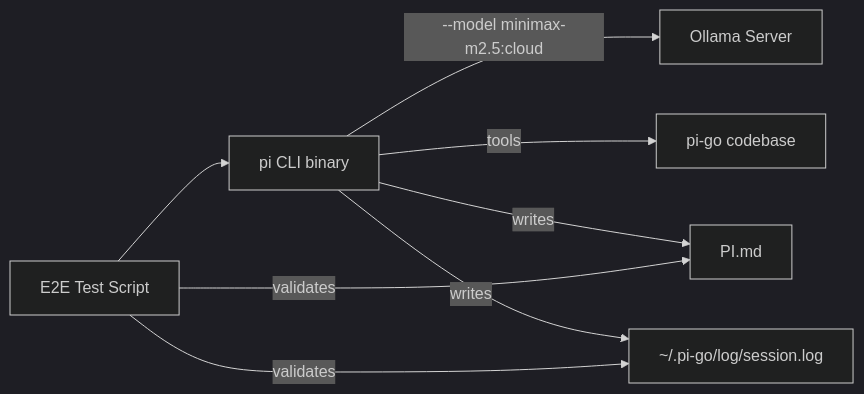
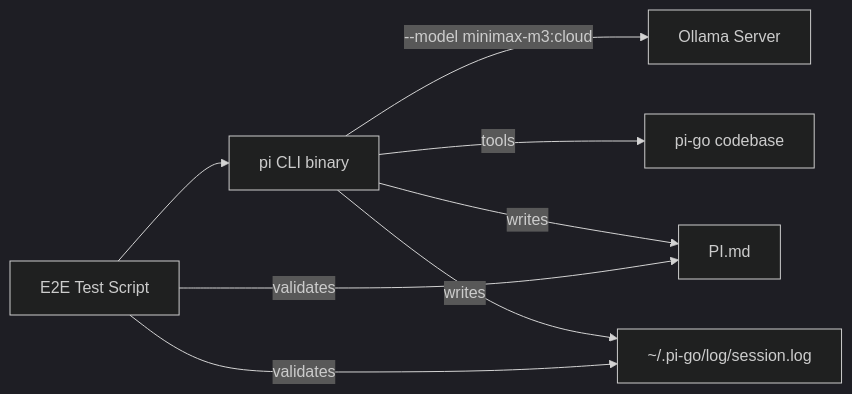
One commit to dimetron/pi-go changed the diagram in specs/features/TST/simple-ollama-test/design.md. Above: the diagram before and after it, drawn with Mermaid (dark theme). The commit also changed other lines of this file and 56 other files, not shown here.

Commit message:
minimax-m3:cloud versions updates

````diff
--- a/specs/features/TST/simple-ollama-test/design.md
+++ b/specs/features/TST/simple-ollama-test/design.md
@@ -19,10 +21,10 @@
 ```mermaid
 flowchart LR
     Test[E2E Test Script] --> Pi[pi CLI binary]
-    Pi -->|--model minimax-m2.5:cloud| Ollama[Ollama Server]
+    Pi -->|--model minimax-m3:cloud| Ollama[Ollama Server]
     Pi -->|tools| Codebase[pi-go codebase]
     Pi -->|writes| PIMD[PI.md]
     Pi -->|writes| Logs[~/.pi-go/log/session.log]
     Test -->|validates| PIMD
     Test -->|validates| Logs
 ```
````
